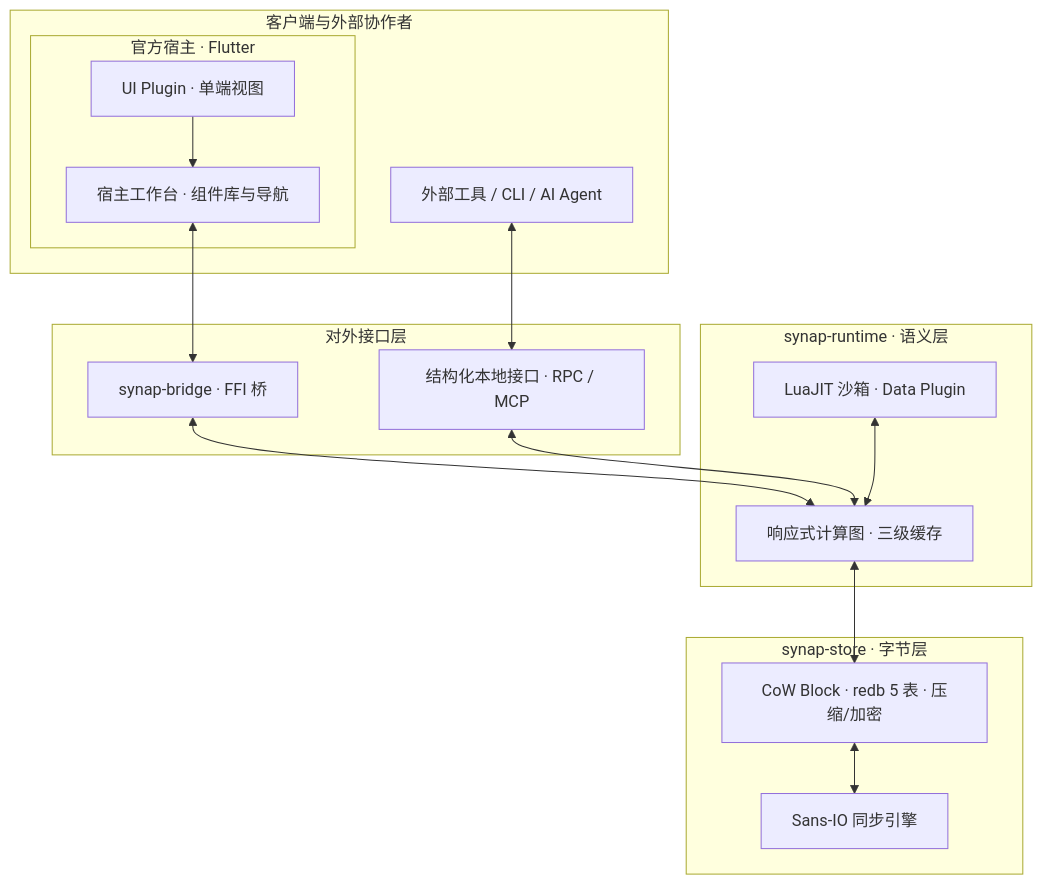
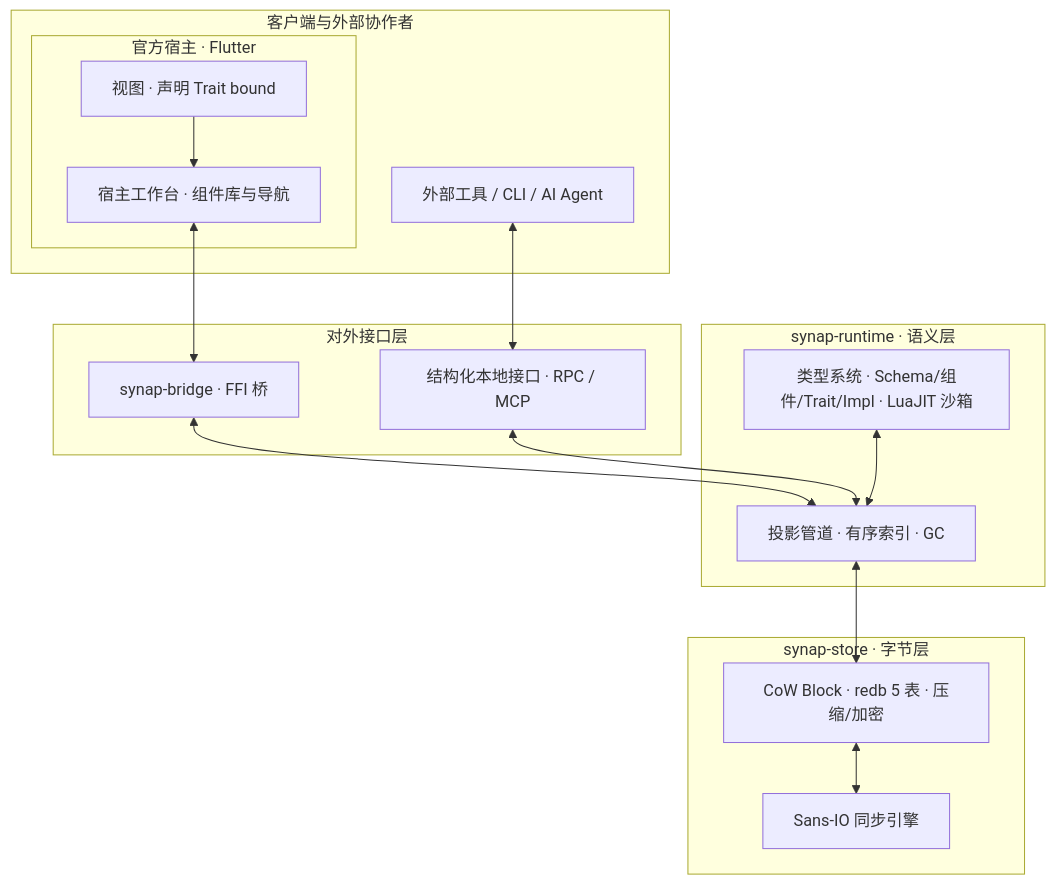
The diagram in docs/002-architecture.md (VilinkoStudio/synap-next), drawn with Mermaid before and after one commit. The commit also changed other lines of this file and 9 other files, not shown here.

````diff
--- a/docs/002-architecture.md
+++ b/docs/002-architecture.md
@@ -9,35 +9,35 @@
 ```mermaid
 flowchart TB
   subgraph clients [客户端与外部协作者]
     subgraph host [官方宿主 · Flutter]
-      UI[UI Plugin · 单端视图]
+      UI[视图 · 声明 Trait bound]
       F[宿主工作台 · 组件库与导航]
     end
     EXT[外部工具 / CLI / AI Agent]
   end
 
   subgraph iface [对外接口层]
     BR[synap-bridge · FFI 桥]
     API[结构化本地接口 · RPC / MCP]
   end
 
   subgraph rt [synap-runtime · 语义层]
-    LP[LuaJIT 沙箱 · Data Plugin]
-    CG[响应式计算图 · 三级缓存]
+    LP[类型系统 · Schema/组件/Trait/Impl · LuaJIT 沙箱]
+    CG[投影管道 · 有序索引 · GC]
   end
 
   subgraph st [synap-store · 字节层]
     BL[CoW Block · redb 5 表 · 压缩/加密]
     SY[Sans-IO 同步引擎]
   end
 
   UI --> F
   F <--> BR
   EXT <--> API
   BR <--> CG
   API <--> CG
   LP <--> CG
   CG <--> BL
   BL <--> SY
 
 ```
````
